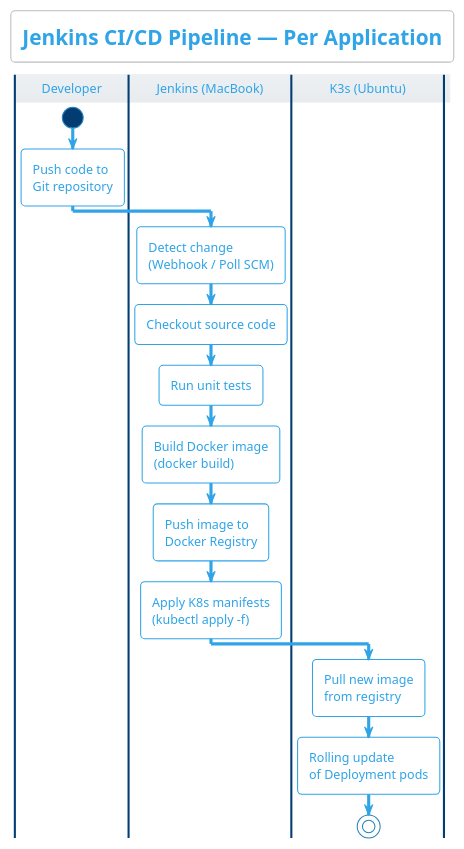
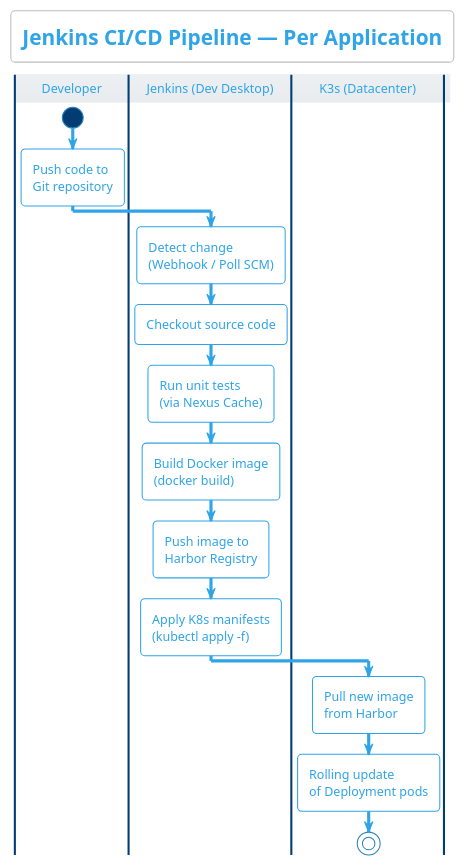
The sixth of 7 diagrams in docs/component-deep-dive.md (OnesDevOps/devops-training-lab), drawn with PlantUML before and after one commit. The commit also changed other lines of this file, not shown here.

Commit message:
docs: Update component deep dive with Harbor, Nexus, and correct machine roles

````diff
--- a/docs/component-deep-dive.md
+++ b/docs/component-deep-dive.md
@@ -449,25 +451,25 @@
 ```plantuml
 @startuml jenkins_pipeline
 !theme cerulean-outline
 
 title Jenkins CI/CD Pipeline — Per Application
 
 |Developer|
 start
 :Push code to\nGit repository;
 
-|Jenkins (MacBook)|
+|Jenkins (Dev Desktop)|
 :Detect change\n(Webhook / Poll SCM);
 :Checkout source code;
-:Run unit tests;
+:Run unit tests\n(via Nexus Cache);
 :Build Docker image\n(docker build);
-:Push image to\nDocker Registry;
+:Push image to\nHarbor Registry;
 :Apply K8s manifests\n(kubectl apply -f);
 
-|K3s (Ubuntu)|
-:Pull new image\nfrom registry;
+|K3s (Datacenter)|
+:Pull new image\nfrom Harbor;
 :Rolling update\nof Deployment pods;
 stop
 
 @enduml
 ```
````
